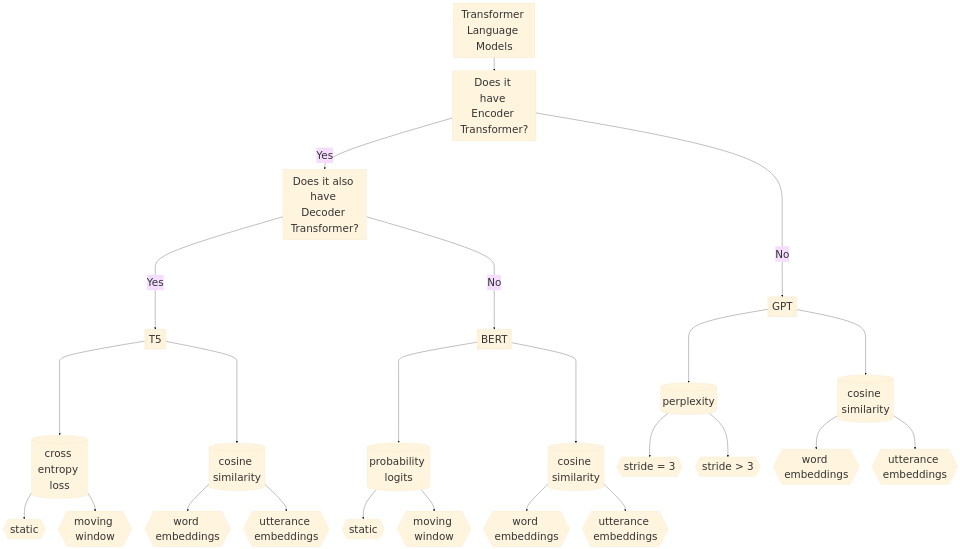
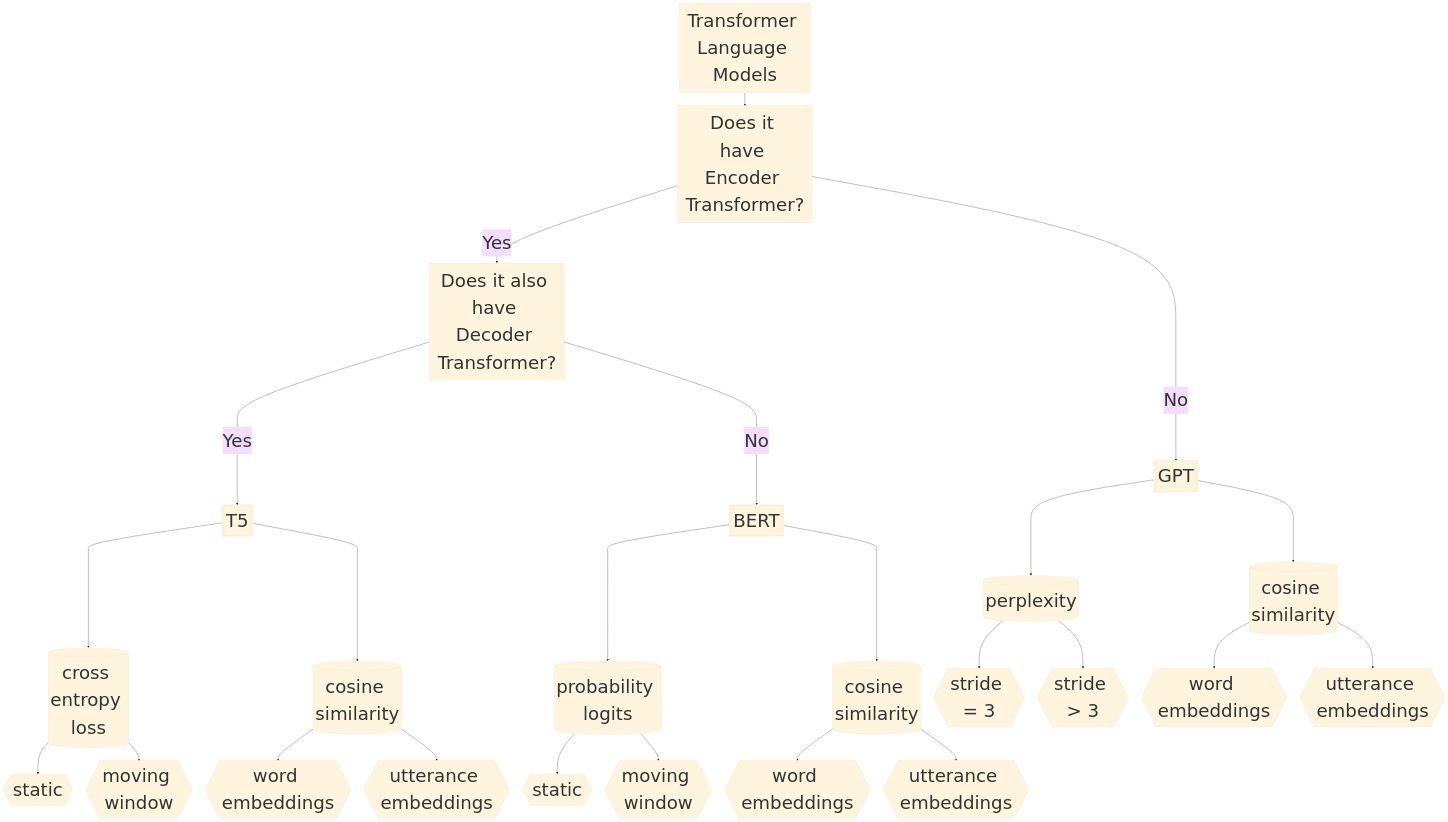
Before and after one commit to yancong222/SSD-LM-STanglab: the diagram in README.md, drawn with Mermaid.

````diff
--- a/README.md
+++ b/README.md
@@ -4,30 +4,30 @@
 ```mermaid
-%%{init: {'theme': 'base', 'themeVariables': { 'fontSize': '40px'}}}%%
+%%{init: {'theme': 'base', 'themeVariables': { 'fontSize': '70px'}}}%%
 flowchart TD
     A[Transformer Language Models] --> B[Does it have Encoder Transformer?]
     B -- Yes --> C[Does it also have Decoder Transformer?]
     C -- Yes ----> D[[T5]] ----> G[(cross entropy loss)]
     G --> J{{static}}
     G --> K{{moving window}}
     D ----> P[(cosine similarity)]
     P --> Q{{word embeddings}}
     P --> R{{utterance embeddings}}
     C -- No ----> E[[BERT]] ----> H[(probability logits)]
     H --> L{{static}}
     H --> M{{moving window}}
     E ----> S[(cosine similarity)]
     S --> T{{word embeddings}}
     S --> U{{utterance embeddings}}
     B -- No ----> F[[GPT]] ----> I[(perplexity)]
     I --> N{{stride = 3}}
     I --> O{{stride > 3}}
     F ----> V[(cosine similarity)]
     V --> W{{word embeddings}}
     V --> X{{utterance embeddings}}
     click A "https://github.com/yancong222/scriptscz/blob/main/perplexity/ed_perplexity.py" _blank
     click B "http://www.github.com" "Open this in a new tab" _blank
     click C href "http://www.github.com" _blank
     click D href "http://www.github.com" "Open this in a new tab" _blank
     
 classDef className fill:#f9f,stroke:#333,stroke-width:4px
 ```
````
